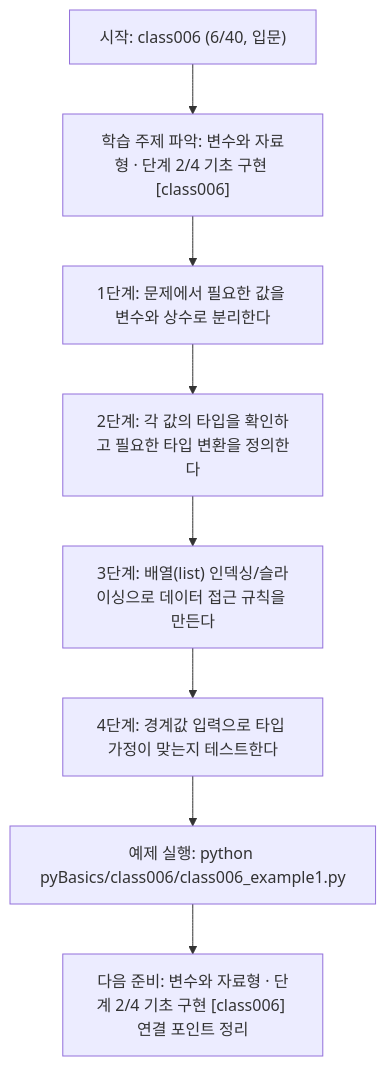
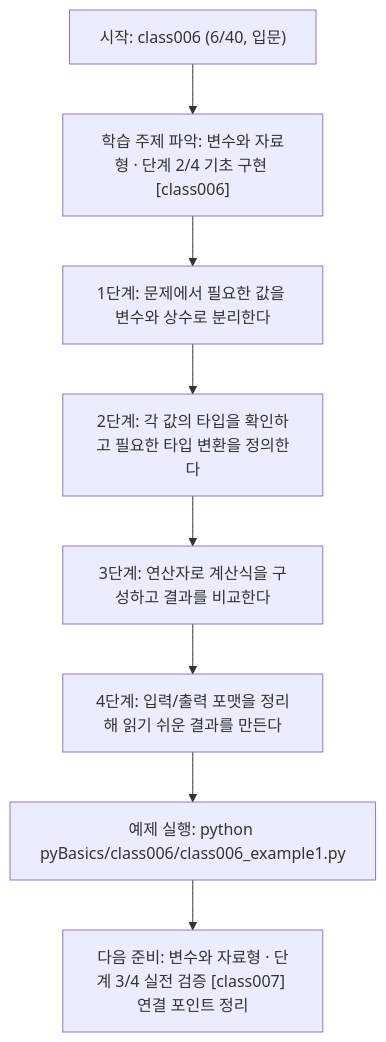
One commit to edumgt/Python-AI_Agent-Class changed the diagram in pyBasics/class006/class006.md. Above: the diagram before and after it, drawn with Mermaid. The commit also changed other lines of this file and 2370 other files, not shown here.

````diff
--- a/pyBasics/class006/class006.md
+++ b/pyBasics/class006/class006.md
@@ -109,18 +91,18 @@
 ```mermaid
 flowchart TD
 N1["시작: class006 (6/40, 입문)"]
 N2["학습 주제 파악: 변수와 자료형 · 단계 2/4 기초 구현 [class006]"]
 N3["1단계: 문제에서 필요한 값을 변수와 상수로 분리한다"]
 N4["2단계: 각 값의 타입을 확인하고 필요한 타입 변환을 정의한다"]
-N5["3단계: 배열(list) 인덱싱/슬라이싱으로 데이터 접근 규칙을 만든다"]
-N6["4단계: 경계값 입력으로 타입 가정이 맞는지 테스트한다"]
+N5["3단계: 연산자로 계산식을 구성하고 결과를 비교한다"]
+N6["4단계: 입력/출력 포맷을 정리해 읽기 쉬운 결과를 만든다"]
 N7["예제 실행: python pyBasics/class006/class006_example1.py"]
-N8["다음 준비: 변수와 자료형 · 단계 2/4 기초 구현 [class006] 연결 포인트 정리"]
+N8["다음 준비: 변수와 자료형 · 단계 3/4 실전 검증 [class007] 연결 포인트 정리"]
 N1 --> N2
 N2 --> N3
 N3 --> N4
 N4 --> N5
 N5 --> N6
 N6 --> N7
 N7 --> N8
 ```
````
